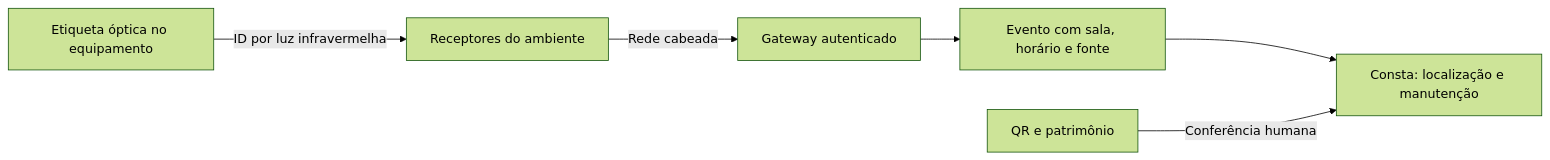
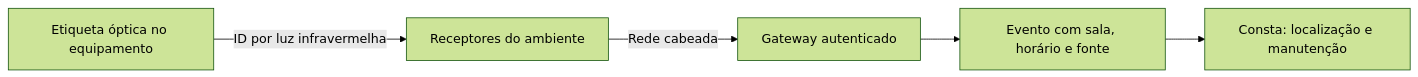
Before and after one commit to AntonioFiglio/consta: the diagram in docs/project/CONSTA_RASTREAMENTO_DECISAO_E_PITCH.md, drawn with Mermaid (forest theme). The commit also changed other lines of this file and 6 other files, not shown here.

Commit message:
Specify automatic local RTLS and research offline commercial architectures

````diff
--- a/docs/project/CONSTA_RASTREAMENTO_DECISAO_E_PITCH.md
+++ b/docs/project/CONSTA_RASTREAMENTO_DECISAO_E_PITCH.md
@@ -25,8 +27,7 @@
 ```mermaid
 flowchart LR
     A[Etiqueta óptica no equipamento] -->|ID por luz infravermelha| B[Receptores do ambiente]
     B -->|Rede cabeada| C[Gateway autenticado]
     C --> D[Evento com sala, horário e fonte]
     D --> E[Consta: localização e manutenção]
-    F[QR e patrimônio] -->|Conferência humana| E
 ```
````
